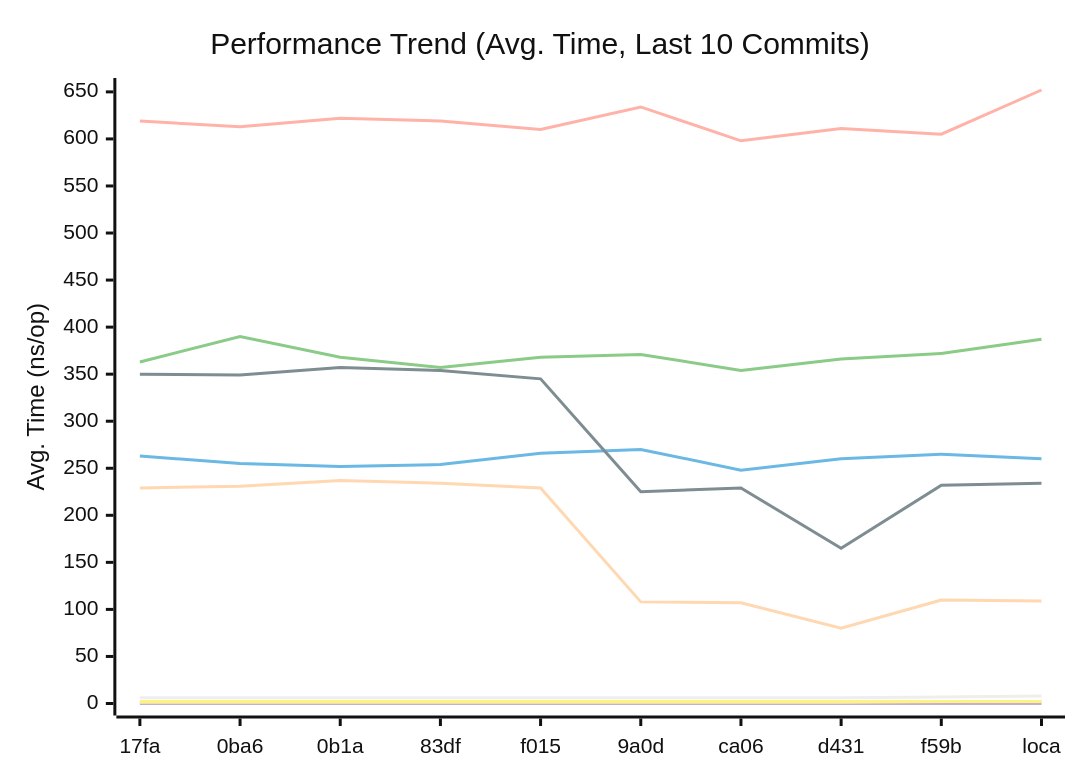
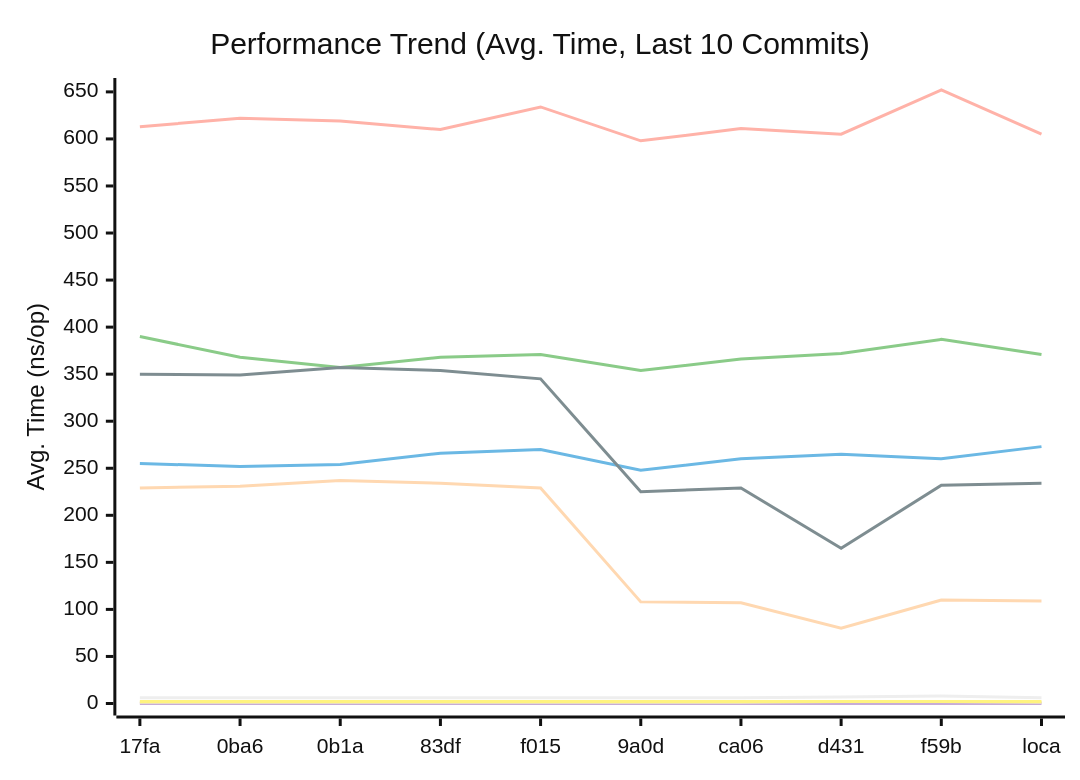
Before and after one commit to alsotoes/momo: the first of 3 diagrams in docs/PERFORMANCE.md, drawn with Mermaid (neutral theme). The commit also changed other lines of this file and 18 other files, not shown here.

````diff
--- a/docs/PERFORMANCE.md
+++ b/docs/PERFORMANCE.md
@@ -80,16 +80,16 @@
 ```mermaid
 xychart-beta
     title "Performance Trend (Avg. Time, Last 10 Commits)"
     x-axis "Commit"
     y-axis "Avg. Time (ns/op)"
     x-axis [17fa,0ba6,0b1a,83df,f015,9a0d,ca06,d431,f59b,loca]
-    line "CheckMetricsAndSwap" [6,6,6,6,6,6,6,6,7,8]
-    line "CrushOptimized" [263,255,252,254,266,270,248,260,265,260]
-    line "CrushOriginal" [363,390,368,357,368,371,354,366,372,387]
+    line "CheckMetricsAndSwap" [6,6,6,6,6,6,6,7,8,6]
+    line "CrushOptimized" [255,252,254,266,270,248,260,265,260,273]
+    line "CrushOriginal" [390,368,357,368,371,354,366,372,387,371]
     line "IndexDirectTracking" [0,0,0,0,0,0,0,0,0,0]
-    line "IndexSearch" [1,1,1,1,1,1,1,1,2,2]
-    line "LoadGlobalConfig" [619,613,622,619,610,634,598,611,605,652]
+    line "IndexSearch" [1,1,1,1,1,1,1,2,2,1]
+    line "LoadGlobalConfig" [613,622,619,610,634,598,611,605,652,605]
     line "PadString" [2,2,2,2,2,2,2,2,2,2]
     line "ParseReplicationOrder_NoPrealloc" [350,349,357,354,345,225,229,165,232,234]
     line "ParseReplicationOrder_Prealloc" [229,231,237,234,229,108,107,80,110,109]
 ```
````
